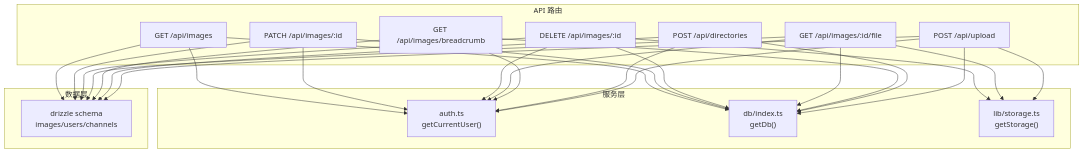
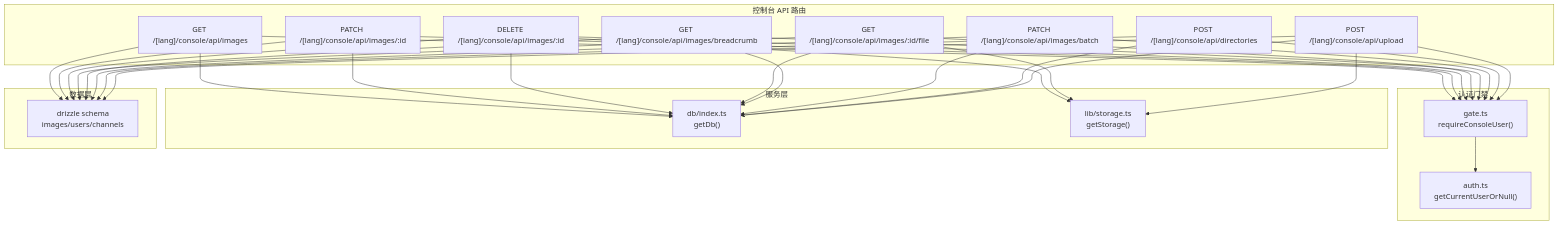
One commit to pnnh/weable changed the first of 3 diagrams in .qoder/repowiki/zh/content/API 接口文档/图片管理 API.md. Above: the diagram before and after it, drawn with Mermaid. The commit also changed other lines of this file and 159 other files, not shown here.

````diff
--- a/.qoder/repowiki/zh/content/API 接口文档/图片管理 API.md
+++ b/.qoder/repowiki/zh/content/API 接口文档/图片管理 API.md
@@ -42,44 +52,52 @@
 ```mermaid
 graph TB
-subgraph "API 路由"
-A["GET /api/images"]
-B["PATCH /api/images/:id"]
-C["DELETE /api/images/:id"]
-D["GET /api/images/:id/file"]
-E["GET /api/images/breadcrumb"]
-F["POST /api/directories"]
-G["POST /api/upload"]
+subgraph "控制台 API 路由"
+A["GET /[lang]/console/api/images"]
+B["PATCH /[lang]/console/api/images/:id"]
+C["DELETE /[lang]/console/api/images/:id"]
+D["GET /[lang]/console/api/images/:id/file"]
+E["GET /[lang]/console/api/images/breadcrumb"]
+F["PATCH /[lang]/console/api/images/batch"]
+G["POST /[lang]/console/api/directories"]
+H["POST /[lang]/console/api/upload"]
+end
+subgraph "认证门禁"
+I["gate.ts<br/>requireConsoleUser()"]
+J["auth.ts<br/>getCurrentUserOrNull()"]
 end
 subgraph "服务层"
-H["auth.ts<br/>getCurrentUser()"]
-I["db/index.ts<br/>getDb()"]
-J["lib/storage.ts<br/>getStorage()"]
+K["db/index.ts<br/>getDb()"]
+L["lib/storage.ts<br/>getStorage()"]
 end
 subgraph "数据层"
-K["drizzle schema<br/>images/users/channels"]
+M["drizzle schema<br/>images/users/channels"]
 end
-A --> H
-B --> H
-C --> H
-D --> H
-E --> H
-F --> H
-G --> H
 A --> I
 B --> I
 C --> I
 D --> I
 E --> I
 F --> I
 G --> I
+H --> I
+I --> J
 A --> K
 B --> K
 C --> K
 D --> K
 E --> K
 F --> K
 G --> K
-C --> J
-D --> J
-G --> J
+H --> K
+A --> M
+B --> M
+C --> M
+D --> M
+E --> M
+F --> M
+G --> M
+H --> M
+C --> L
+D --> L
+H --> L
 ```
````
